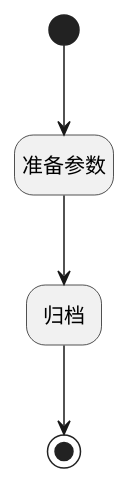
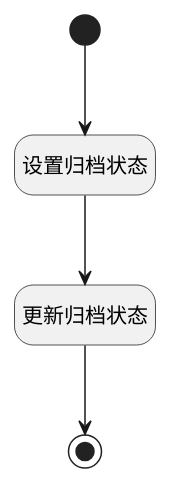
Before and after one commit to iBizLab/plm: the diagram in doc/docsify/module/ProjMgmt/project/logic/archive.md, drawn with PlantUML. The commit also changed other lines of this file and 1068 other files, not shown here.

````diff
--- a/doc/docsify/module/ProjMgmt/project/logic/archive.md
+++ b/doc/docsify/module/ProjMgmt/project/logic/archive.md
@@ -7,23 +7,23 @@
 ```plantuml
 @startuml
 hide empty description
 <style>
 root {
   HyperlinkColor #42b983
 }
 </style>
 
 hide empty description
 state "开始" as Begin <<start>> [[$./archive#begin {"开始"}]]
-state "准备参数" as PREPAREPARAM1  [[$./archive#prepareparam1 {"准备参数"}]]
-state "归档" as DEACTION1  [[$./archive#deaction1 {"归档"}]]
+state "设置归档状态" as PREPAREPARAM1  [[$./archive#prepareparam1 {"设置归档状态"}]]
+state "更新归档状态" as DEACTION1  [[$./archive#deaction1 {"更新归档状态"}]]
 state "结束" as END1 <<end>> [[$./archive#end1 {"结束"}]]
 
 
 Begin --> PREPAREPARAM1
 PREPAREPARAM1 --> DEACTION1
 DEACTION1 --> END1
 
 
 @enduml
 ```
````
